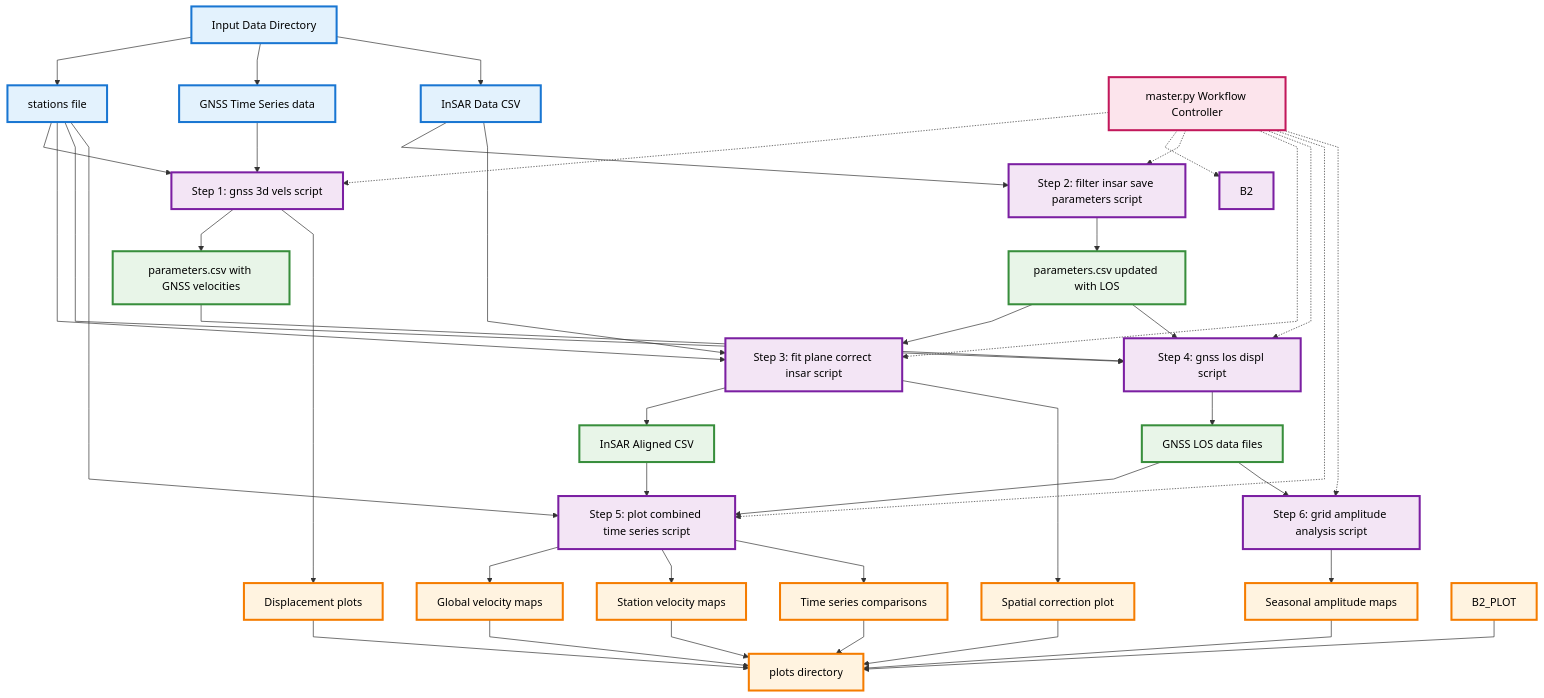
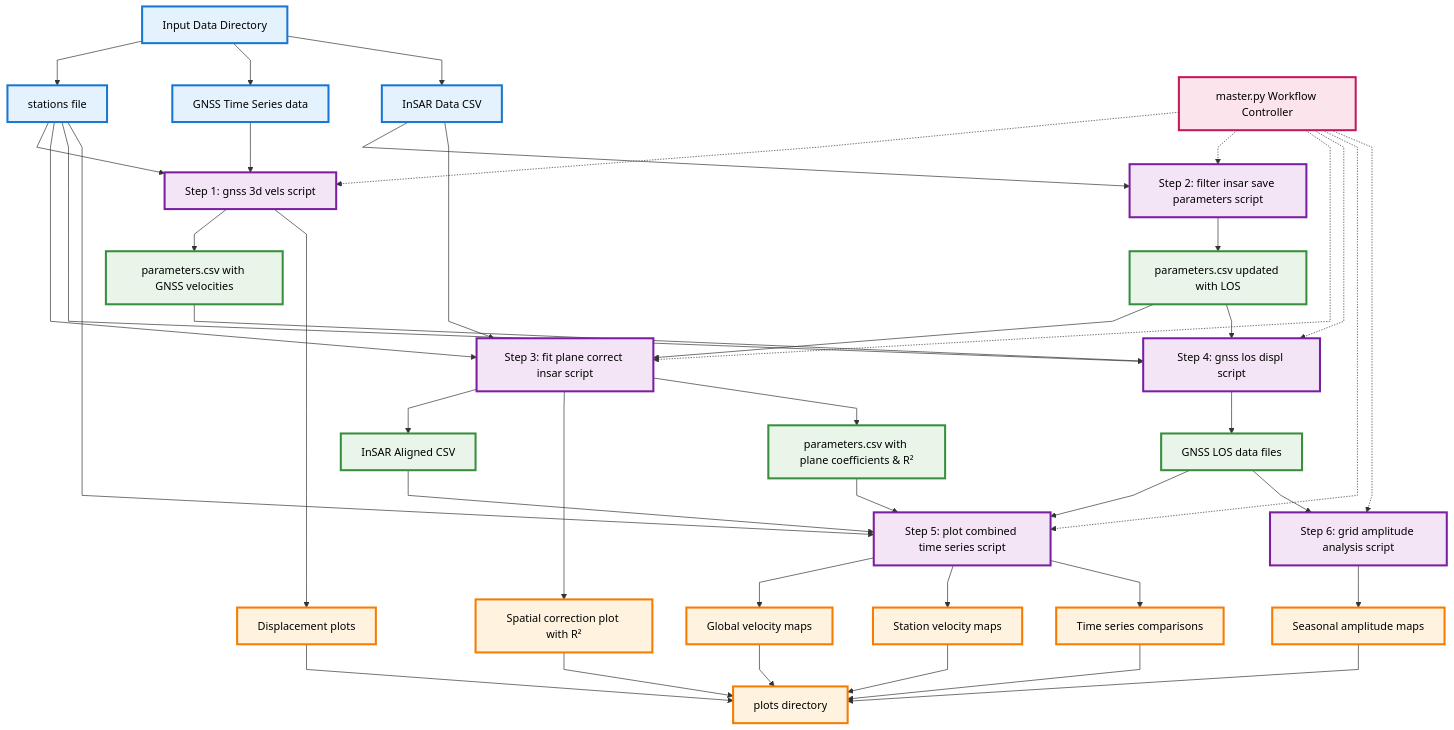
Before and after one commit to Altoleptic/insar-gnss-workflow: the second of 2 diagrams in workflow_flowchart.md, drawn with Mermaid. The commit also changed other lines of this file and 8 other files, not shown here.

````diff
--- a/workflow_flowchart.md
+++ b/workflow_flowchart.md
@@ -85,76 +84,75 @@
 ```mermaid
 %%{init: {'flowchart': {'curve': 'linear'}, 'theme': 'forest', 'themeVariables': {'primaryColor': '#ffffff', 'lineColor': '#333333', 'primaryTextColor': '#000000', 'primaryBorderColor': '#333333', 'secondaryColor': '#f0f0f0', 'tertiaryColor': '#ffffff', 'lineWidth': '4px'}}}%%
 flowchart TD
     %% Input Data
     A[Input Data Directory] --> A1[stations file]
     A -->    A2[GNSS Time Series data]
     A --> A3[InSAR Data CSV]
     
     %% Step 1: GNSS 3D Velocities
     A1 --> B1[Step 1: gnss 3d vels script]
     A2 --> B1
     B1 --> B1_OUT[parameters.csv with GNSS velocities]
     B1 --> B1_PLOT[Displacement plots]
     
-    %% Step 2: Net Rotation Removal
     %% Step 2: InSAR Filtering
     A3 --> B3[Step 2: filter insar save parameters script]
     B3 --> B3_OUT[parameters.csv updated with LOS]
     
     %% Step 3: Spatial Alignment
     A3 --> B4[Step 3: fit plane correct insar script]
     A1 --> B4
     B3_OUT --> B4
     B4 --> B4_OUT[InSAR Aligned CSV]
-    B4 --> B4_PLOT[Spatial correction plot]
+    B4 --> B4_PLOT[Spatial correction plot with R²]
+    B4 --> B4_PARAMS[parameters.csv with plane coefficients & R²]
     
     %% Step 4: GNSS LOS Projection
     B1_OUT --> B5[Step 4: gnss los displ script]
     A1 --> B5
     B3_OUT --> B5
     B5 --> B5_OUT[GNSS LOS data files]
     
     %% Step 5: Time Series Visualization
     B4_OUT --> B6[Step 5: plot combined time series script]
     B5_OUT --> B6
+    B4_PARAMS --> B6
     A1 --> B6
     B6 --> B6_OUT1[Global velocity maps]
     B6 --> B6_OUT2[Station velocity maps]
     B6 --> B6_OUT3[Time series comparisons]
     
     %% Step 6: Grid Analysis (Optional)
     B5_OUT --> B7[Step 6: grid amplitude analysis script]
     B7 --> B7_OUT[Seasonal amplitude maps]
     
     %% Master Controller
     MASTER[master.py Workflow Controller] -.-> B1
-    MASTER -.-> B2
     MASTER -.-> B3
     MASTER -.-> B4
     MASTER -.-> B5
     MASTER -.-> B6
     MASTER -.-> B7
     
     %% Output Directory
     PLOTS[plots directory]
     B1_PLOT --> PLOTS
-    B2_PLOT --> PLOTS
     B4_PLOT --> PLOTS
     B6_OUT1 --> PLOTS
     B6_OUT2 --> PLOTS
     B6_OUT3 --> PLOTS
     B7_OUT --> PLOTS
     
     %% Styling with better contrast
     classDef inputData fill:#E3F2FD,stroke:#1976D2,stroke-width:3px,color:#000
     classDef script fill:#F3E5F5,stroke:#7B1FA2,stroke-width:3px,color:#000
     classDef dataFile fill:#E8F5E8,stroke:#388E3C,stroke-width:3px,color:#000
     classDef plot fill:#FFF3E0,stroke:#F57C00,stroke-width:3px,color:#000
     classDef controller fill:#FCE4EC,stroke:#C2185B,stroke-width:3px,color:#000
     
     class A,A1,A2,A3 inputData
-    class B1,B2,B3,B4,B5,B6,B7 script
-    class B1_OUT,B2_OUT1,B2_OUT2,B2_OUT3,B3_OUT,B4_OUT,B5_OUT dataFile
-    class B1_PLOT,B2_PLOT,B4_PLOT,B6_OUT1,B6_OUT2,B6_OUT3,B7_OUT,PLOTS plot
+    class B1,B3,B4,B5,B6,B7 script
+    class B1_OUT,B3_OUT,B4_OUT,B4_PARAMS,B5_OUT dataFile
+    class B1_PLOT,B4_PLOT,B6_OUT1,B6_OUT2,B6_OUT3,B7_OUT,PLOTS plot
     class MASTER controller
 ```
````
